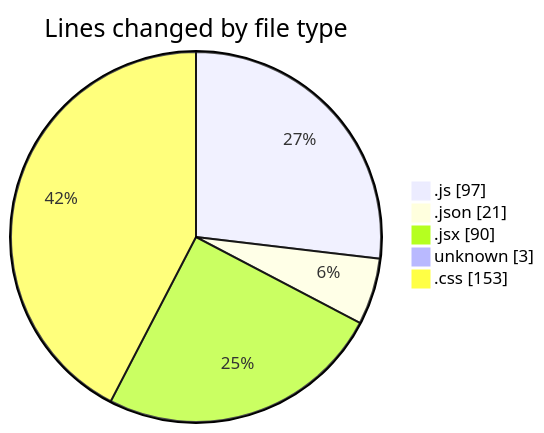
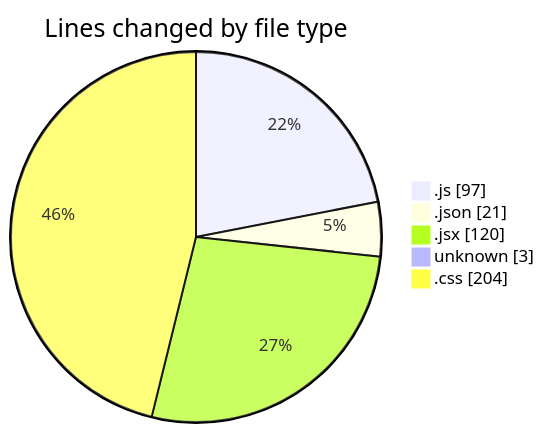
One commit to Ritupan-Deka/code-tracking changed the first of 2 diagrams in 2025-06-03/realtimechat/README.md. Above: the diagram before and after it, drawn with Mermaid. The commit also changed other lines of this file and 1 other file, not shown here.

````diff
--- a/2025-06-03/realtimechat/README.md
+++ b/2025-06-03/realtimechat/README.md
@@ -25,9 +25,9 @@
 ```mermaid
 pie showData
 title Lines changed by file type
 ".js" : 97
 ".json" : 21
-".jsx" : 90
+".jsx" : 120
 "unknown" : 3
-".css" : 153
+".css" : 204
 ```
````
